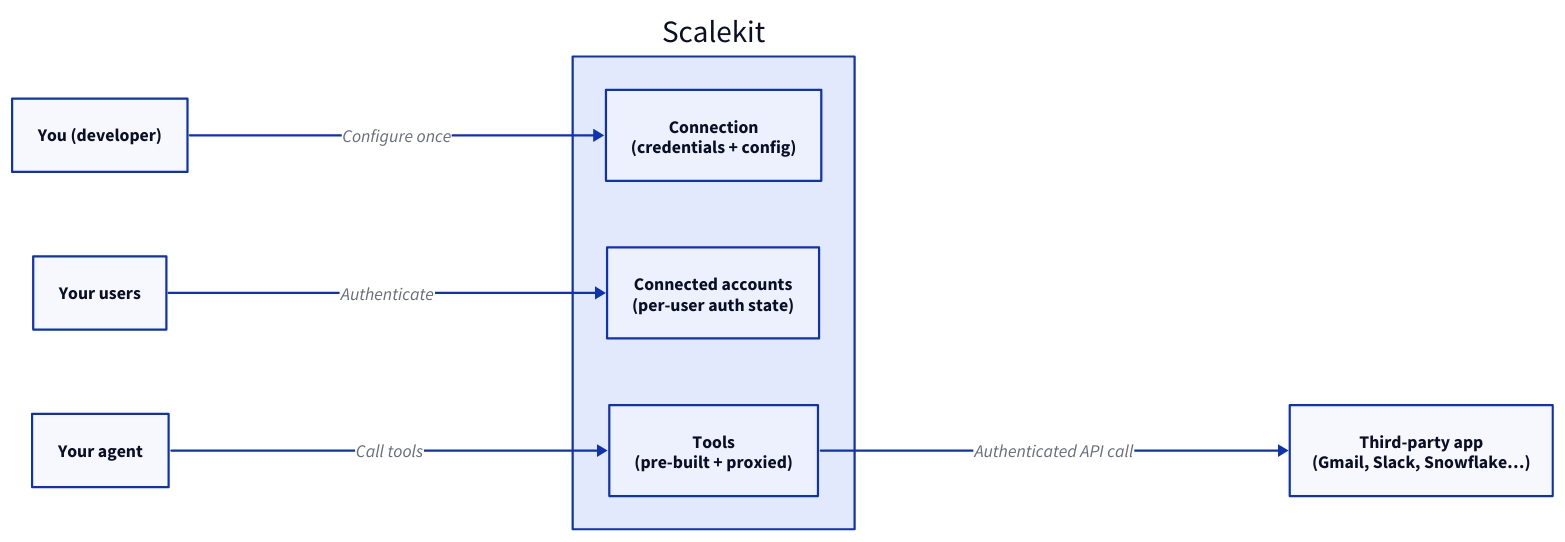
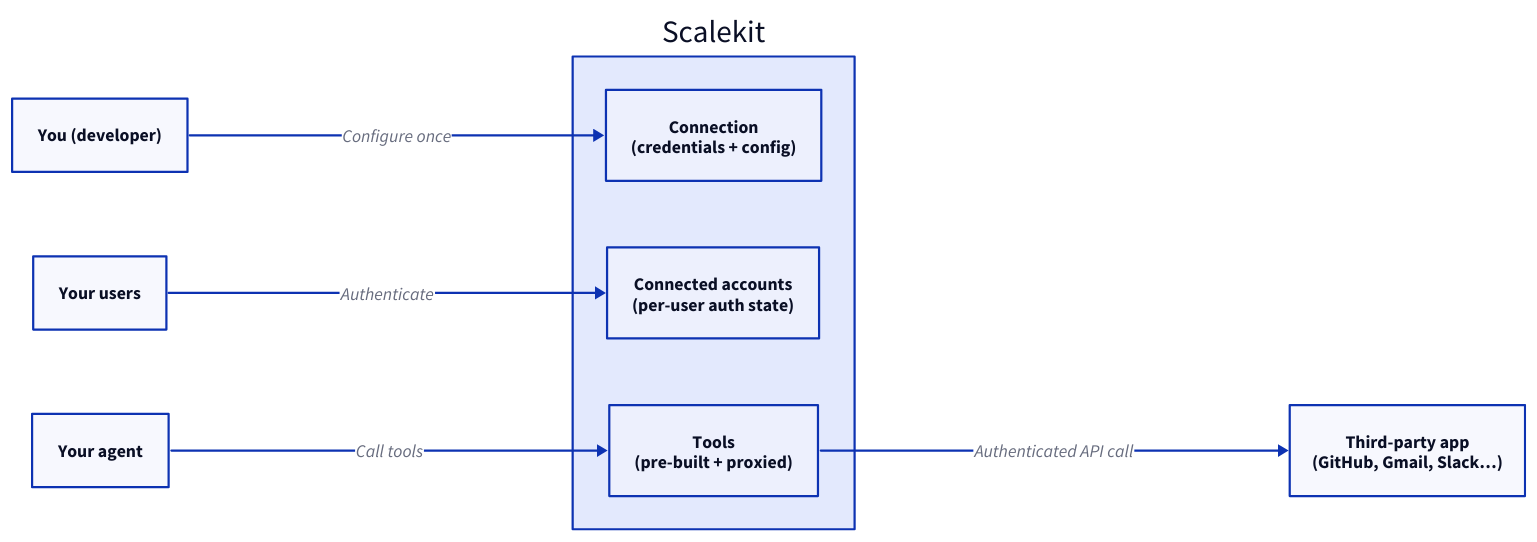
The diagram in src/content/docs/agentkit/overview.mdx (scalekit-inc/developer-docs), drawn with D2 before and after one commit. The commit also changed other lines of this file and 9 other files, not shown here.

First line of the commit message:
docs(agentkit): pivot quickstart from Gmail to GitHub star-repo flow

````diff
--- a/src/content/docs/agentkit/overview.mdx
+++ b/src/content/docs/agentkit/overview.mdx
@@ -30,20 +30,20 @@
 ```d2
 direction: right
 
 Dev: "You (developer)"
 Users: "Your users"
 Agent: "Your agent"
 
 Scalekit: {
   Conn: "Connection\n(credentials + config)"
   CA: "Connected accounts\n(per-user auth state)"
   Tools: "Tools\n(pre-built + proxied)"
 }
 
-Provider: "Third-party app\n(Gmail, Slack, Snowflake…)"
+Provider: "Third-party app\n(GitHub, Gmail, Slack…)"
 
 Dev -> Scalekit.Conn: "Configure once"
 Users -> Scalekit.CA: "Authenticate"
 Agent -> Scalekit.Tools: "Call tools"
 Scalekit.Tools -> Provider: "Authenticated API call"
 ```
````
